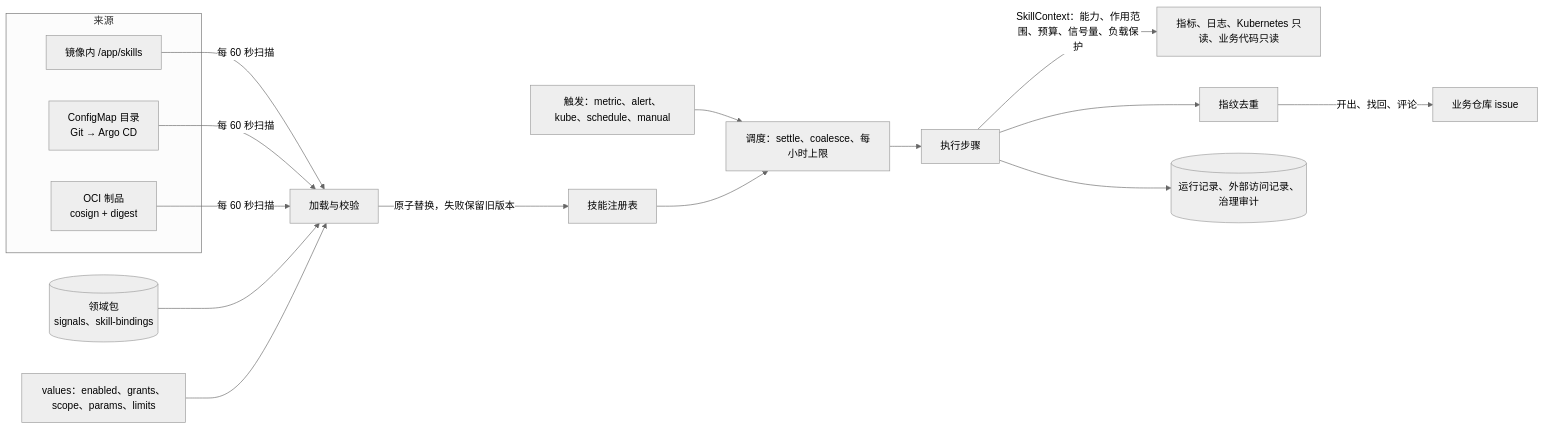
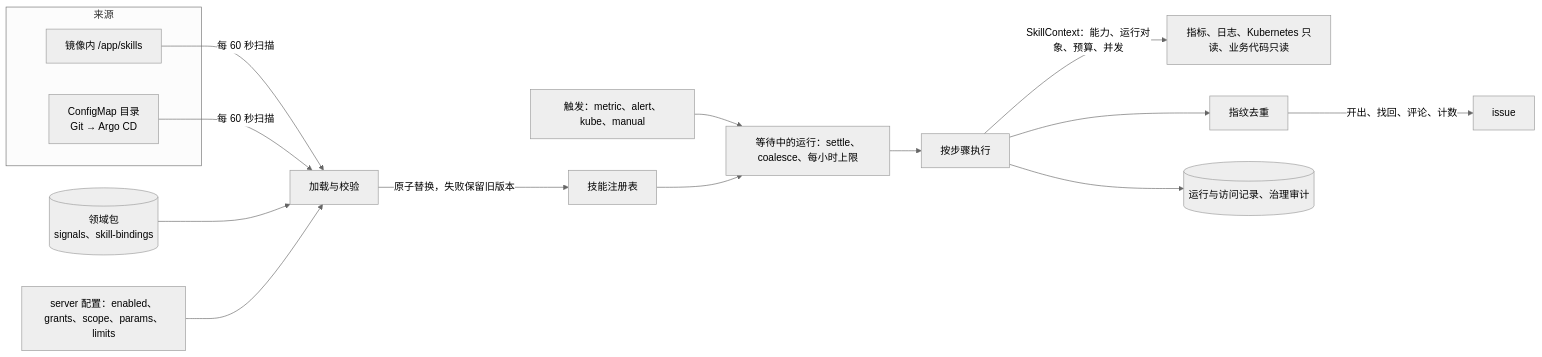
The diagram in docs/skills/README.zh-CN.md (Zzhihon/SreNautix), drawn with Mermaid (neutral theme) before and after one commit. The commit also changed other lines of this file and 7 other files, not shown here.

````diff
--- a/docs/skills/README.zh-CN.md
+++ b/docs/skills/README.zh-CN.md
@@ -5,18 +5,17 @@
 ```mermaid
 flowchart LR
   subgraph 来源
     B[镜像内 /app/skills]
     D[ConfigMap 目录<br/>Git → Argo CD]
-    O[OCI 制品<br/>cosign + digest]
   end
-  B & D & O -->|每 60 秒扫描| L[加载与校验]
+  B & D -->|每 60 秒扫描| L[加载与校验]
   P[(领域包<br/>signals、skill-bindings)] --> L
-  V[values：enabled、grants、scope、params、limits] --> L
+  V[server 配置：enabled、grants、scope、params、limits] --> L
   L -->|原子替换，失败保留旧版本| R[技能注册表]
-  T[触发：metric、alert、kube、schedule、manual] --> S[调度：settle、coalesce、每小时上限]
-  R --> S --> X[执行步骤]
-  X -->|SkillContext：能力、作用范围、预算、信号量、负载保护| E[指标、日志、Kubernetes 只读、业务代码只读]
+  T[触发：metric、alert、kube、manual] --> S[等待中的运行：settle、coalesce、每小时上限]
+  R --> S --> X[按步骤执行]
+  X -->|SkillContext：能力、运行对象、预算、并发| E[指标、日志、Kubernetes 只读、业务代码只读]
   X --> F[指纹去重]
-  F -->|开出、找回、评论| G[业务仓库 issue]
-  X --> A[(运行记录、外部访问记录、治理审计)]
+  F -->|开出、找回、评论、计数| G[issue]
+  X --> A[(运行与访问记录、治理审计)]
 ```
````
